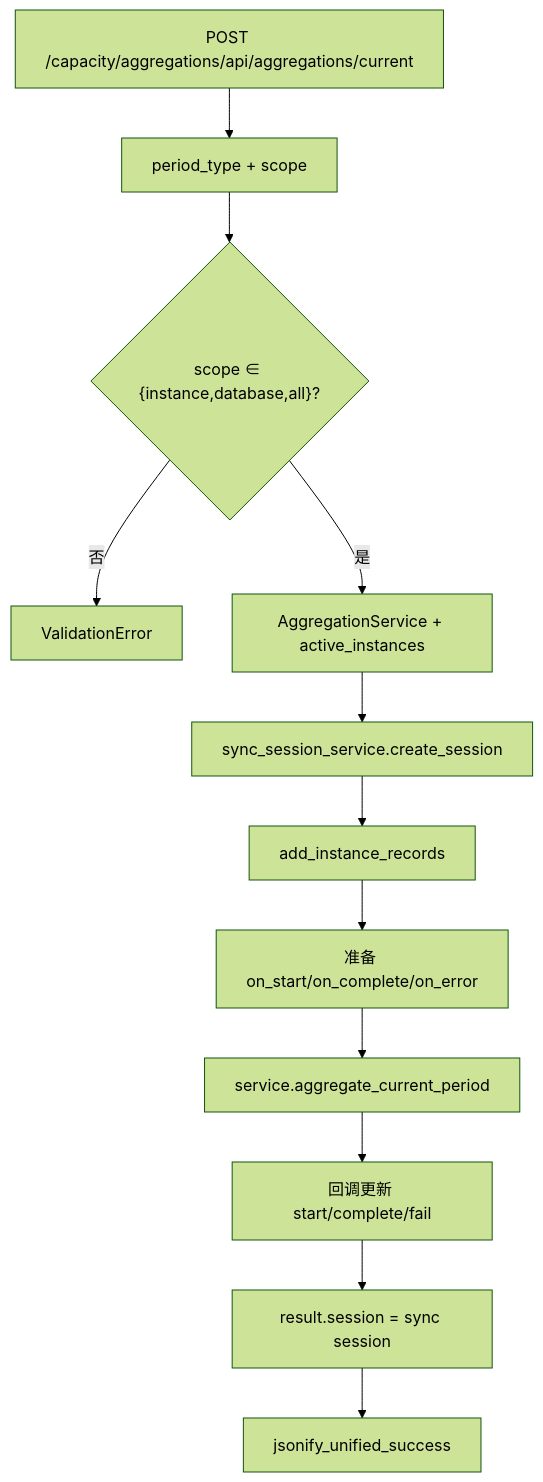
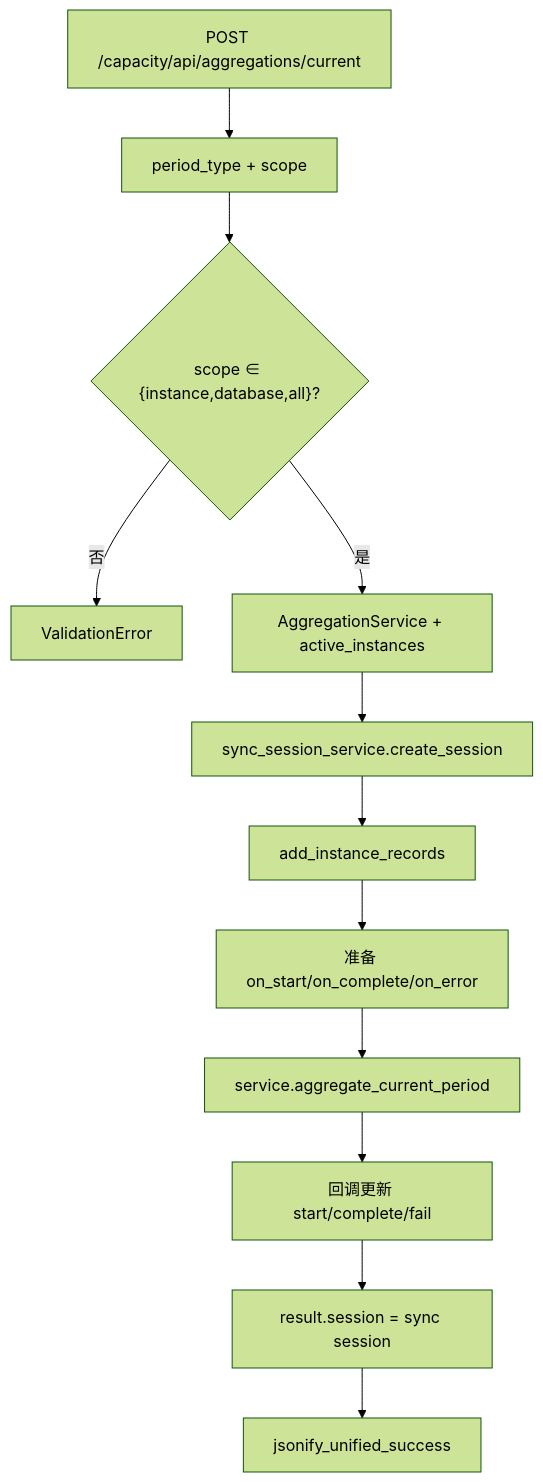
One commit to nyealovey/WhaleFall changed the first of 2 diagrams in docs/architecture/taifish_frontend_display_flows.md. Above: the diagram before and after it, drawn with Mermaid (forest theme). The commit also changed other lines of this file and 20 other files, not shown here.

````diff
--- a/docs/architecture/taifish_frontend_display_flows.md
+++ b/docs/architecture/taifish_frontend_display_flows.md
@@ -49,14 +18,14 @@
 ```mermaid
 flowchart TD
-    Button["POST /capacity/aggregations/api/aggregations/current"] --> ParsePayload[period_type + scope]
+    Button["POST /capacity/api/aggregations/current"] --> ParsePayload[period_type + scope]
     ParsePayload --> ValidateScope{"scope ∈ {instance,database,all}?"}
     ValidateScope -->|否| Error[ValidationError]
     ValidateScope -->|是| Init[AggregationService + active_instances]
     Init --> Session[sync_session_service.create_session]
     Session --> Records[add_instance_records]
     Records --> Callbacks[准备 on_start/on_complete/on_error]
     Callbacks --> Aggregate[service.aggregate_current_period]
     Aggregate --> UpdateRecords[回调更新 start/complete/fail]
     UpdateRecords --> AttachSession[result.session = sync session]
     AttachSession --> Response[jsonify_unified_success]
 ```
````
